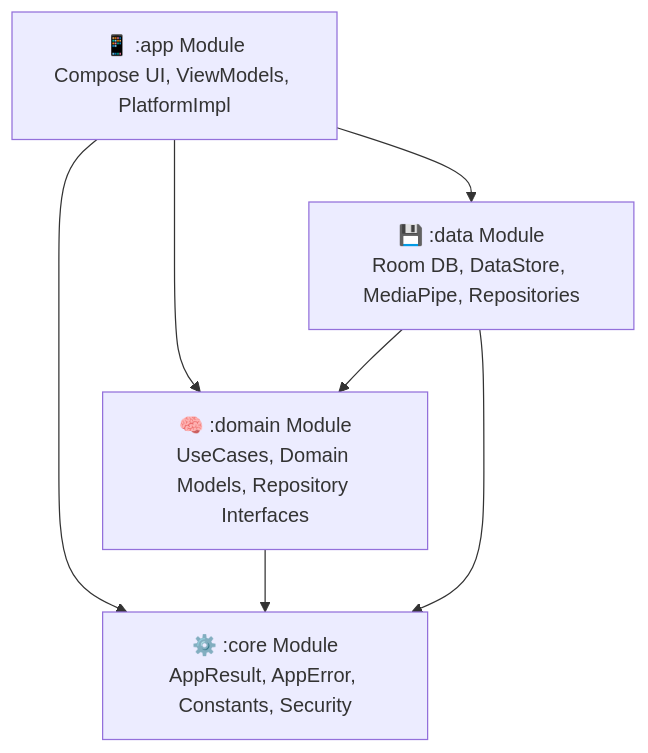
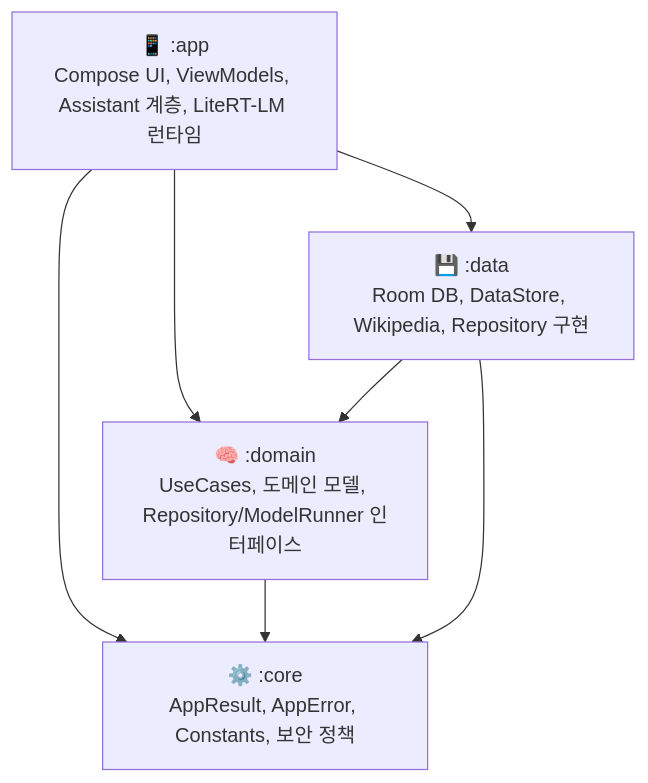
One commit to kang987654/lets_meet_on_friday changed the first of 2 diagrams in README.md. Above: the diagram before and after it, drawn with Mermaid. The commit also changed other lines of this file and 2 other files, not shown here.

````diff
--- a/README.md
+++ b/README.md
@@ -36,9 +73,9 @@
 ```mermaid
 graph TD
-    App[📱 :app Module<br/>Compose UI, ViewModels, PlatformImpl] --> Domain[🧠 :domain Module<br/>UseCases, Domain Models, Repository Interfaces]
-    Data[💾 :data Module<br/>Room DB, DataStore, MediaPipe, Repositories] --> Domain
+    App[📱 :app<br/>Compose UI, ViewModels, Assistant 계층, LiteRT-LM 런타임] --> Domain[🧠 :domain<br/>UseCases, 도메인 모델, Repository/ModelRunner 인터페이스]
+    Data[💾 :data<br/>Room DB, DataStore, Wikipedia, Repository 구현] --> Domain
     App --> Data
-    App --> Core[⚙️ :core Module<br/>AppResult, AppError, Constants, Security]
+    App --> Core[⚙️ :core<br/>AppResult, AppError, Constants, 보안 정책]
     Domain --> Core
     Data --> Core
 ```
````
